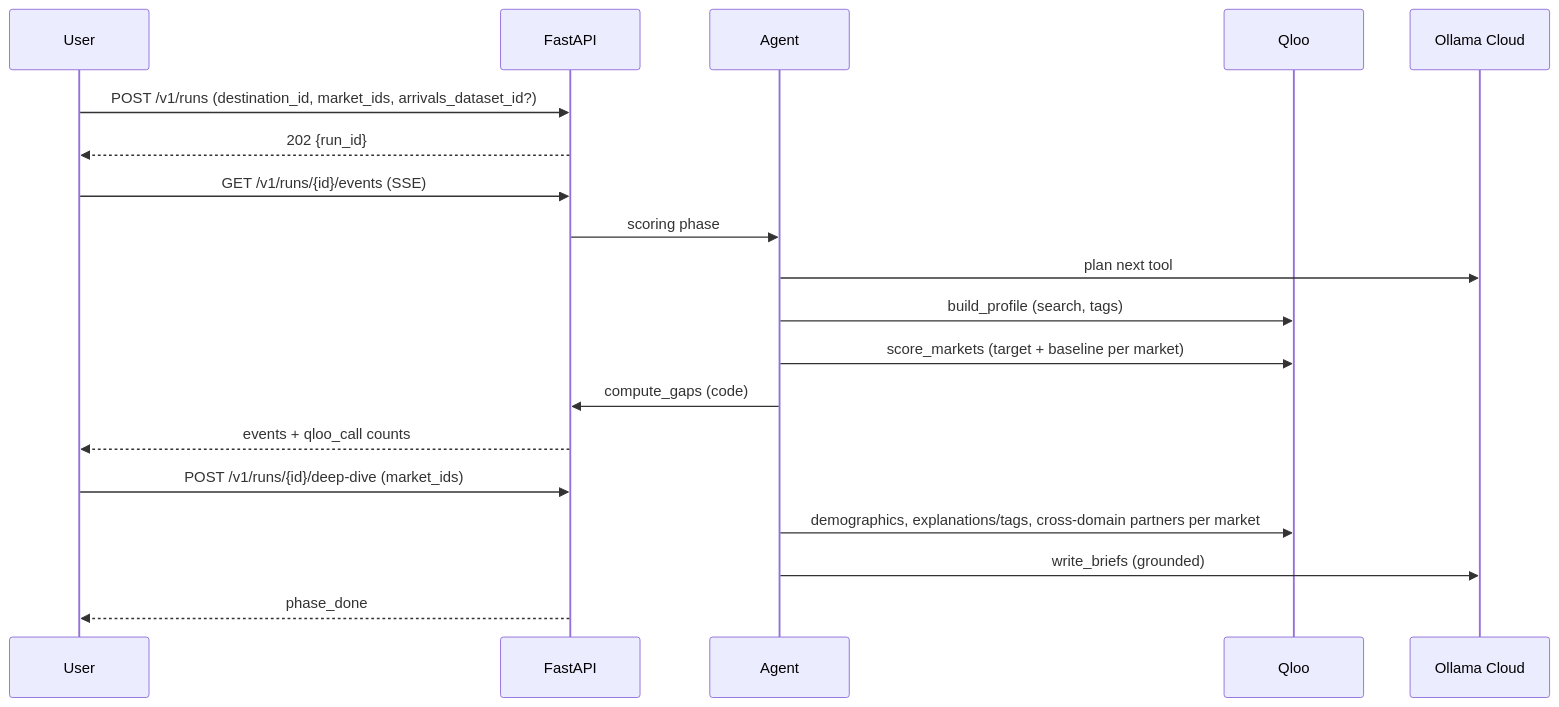
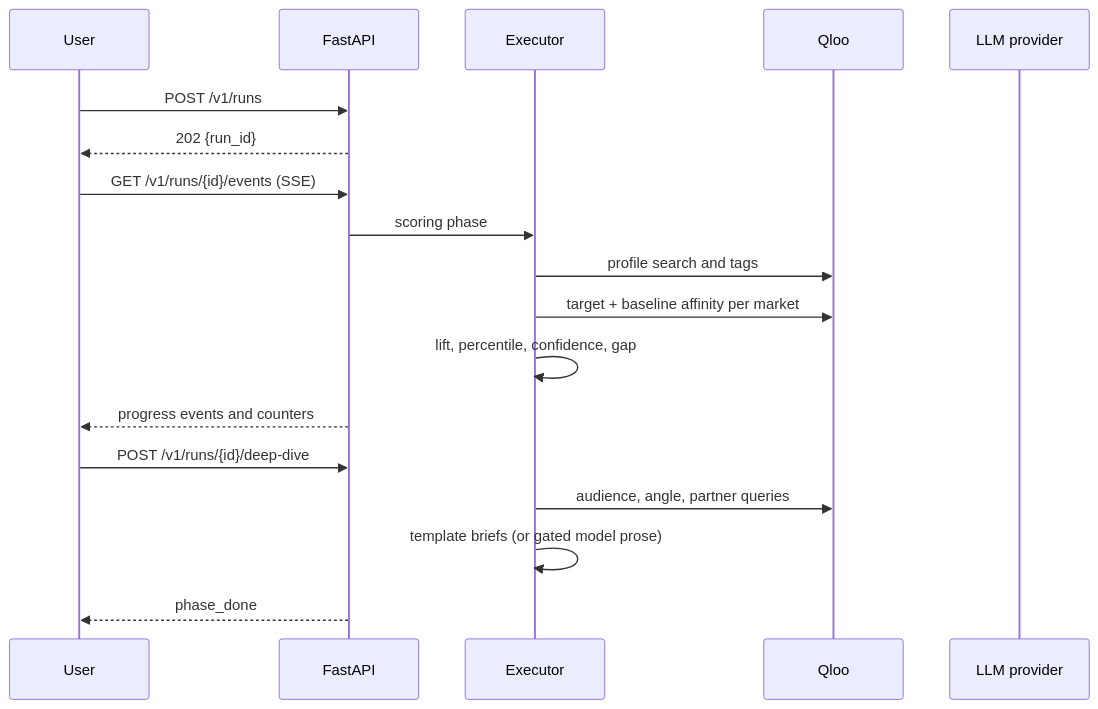
The second of 2 diagrams in docs/03-architecture.md (thenameisomm/tastebound), drawn with Mermaid before and after one commit. The commit also changed other lines of this file and 31 other files, not shown here.

````diff
--- a/docs/03-architecture.md
+++ b/docs/03-architecture.md
@@ -87,21 +86,20 @@
 ```mermaid
 sequenceDiagram
   participant U as User
   participant API as FastAPI
-  participant A as Agent
+  participant E as Executor
   participant Q as Qloo
-  participant L as Ollama Cloud
-  U->>API: POST /v1/runs (destination_id, market_ids, arrivals_dataset_id?)
+  participant L as LLM provider
+  U->>API: POST /v1/runs
   API-->>U: 202 {run_id}
   U->>API: GET /v1/runs/{id}/events (SSE)
-  API->>A: scoring phase
-  A->>L: plan next tool
-  A->>Q: build_profile (search, tags)
-  A->>Q: score_markets (target + baseline per market)
-  A->>API: compute_gaps (code)
-  API-->>U: events + qloo_call counts
-  U->>API: POST /v1/runs/{id}/deep-dive (market_ids)
-  A->>Q: demographics, explanations/tags, cross-domain partners per market
-  A->>L: write_briefs (grounded)
+  API->>E: scoring phase
+  E->>Q: profile search and tags
+  E->>Q: target + baseline affinity per market
+  E->>E: lift, percentile, confidence, gap
+  API-->>U: progress events and counters
+  U->>API: POST /v1/runs/{id}/deep-dive
+  E->>Q: audience, angle, partner queries
+  E->>E: template briefs (or gated model prose)
   API-->>U: phase_done
 ```
````
